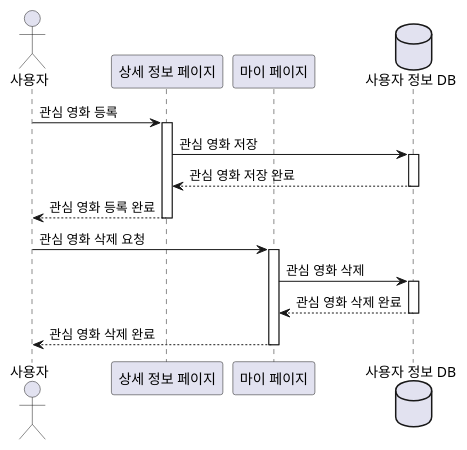
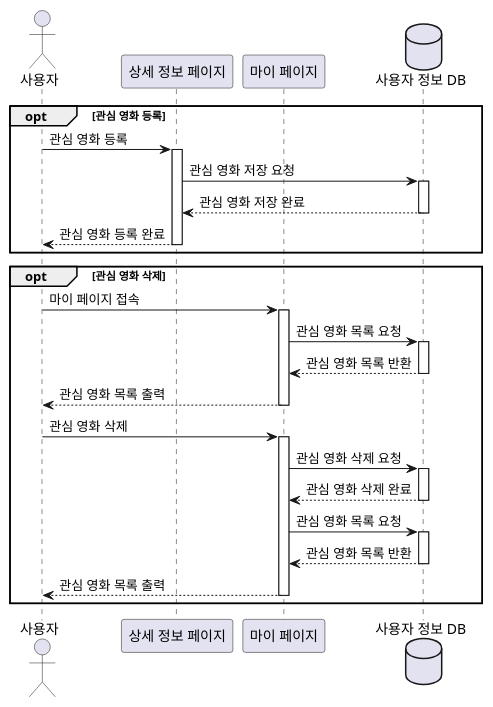
One commit to marmot8080/SWE changed the diagram in src/sequence_favorite.puml. Above: the diagram before and after it, drawn with PlantUML. The commit also changed 6 other files, not shown here.

Commit message:
Update sequence diagram

```diff
--- a/src/sequence_favorite.puml
+++ b/src/sequence_favorite.puml
@@ -1,26 +1,43 @@
 @startuml
 
 actor "사용자" as user
 participant "상세 정보 페이지" as detailPage
 participant "마이 페이지" as myPage
 database "사용자 정보 DB" as db
 
+opt 관심 영화 등록
 user -> detailPage : 관심 영화 등록
 activate detailPage
-detailPage -> db : 관심 영화 저장
+detailPage -> db : 관심 영화 저장 요청
 activate db
 db --> detailPage : 관심 영화 저장 완료
 deactivate db
 detailPage --> user : 관심 영화 등록 완료
 deactivate detailPage
+end
 
-user -> myPage : 관심 영화 삭제 요청
+opt 관심 영화 삭제
+user -> myPage : 마이 페이지 접속
 activate myPage
-myPage -> db : 관심 영화 삭제
+myPage -> db : 관심 영화 목록 요청
+activate db
+db --> myPage : 관심 영화 목록 반환
+deactivate db
+myPage --> user : 관심 영화 목록 출력
+deactivate myPage
+
+user -> myPage : 관심 영화 삭제
+activate myPage
+myPage -> db : 관심 영화 삭제 요청
 activate db
 db --> myPage : 관심 영화 삭제 완료
 deactivate db
-myPage --> user : 관심 영화 삭제 완료
+myPage -> db : 관심 영화 목록 요청
+activate db
+db --> myPage : 관심 영화 목록 반환
+deactivate db
+myPage --> user : 관심 영화 목록 출력
 deactivate myPage
+end
 
 @enduml
```
